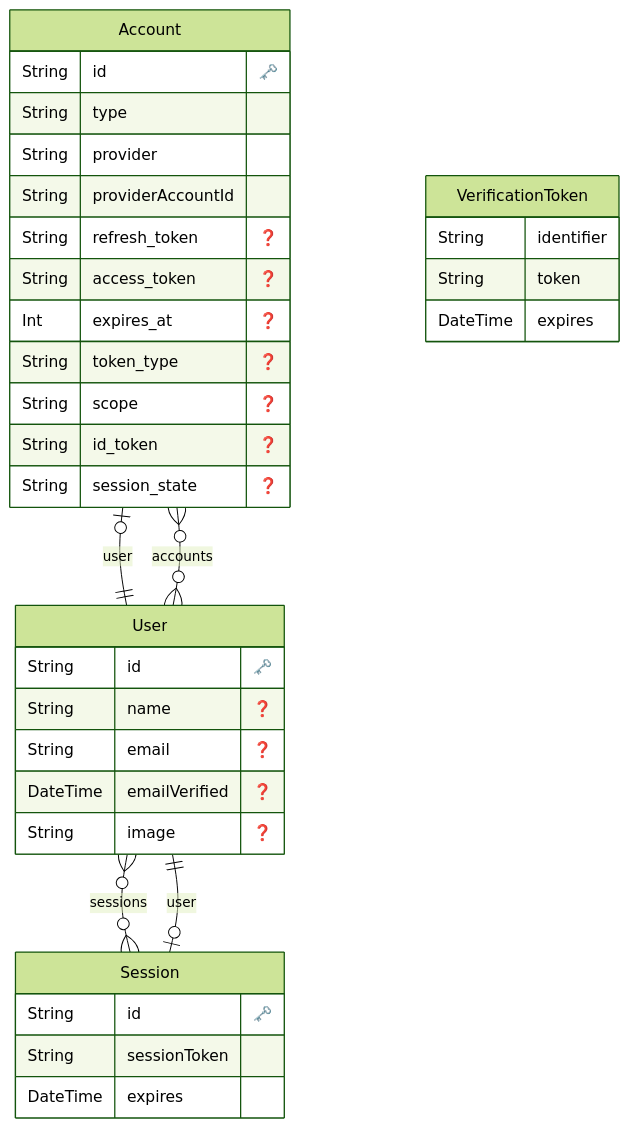
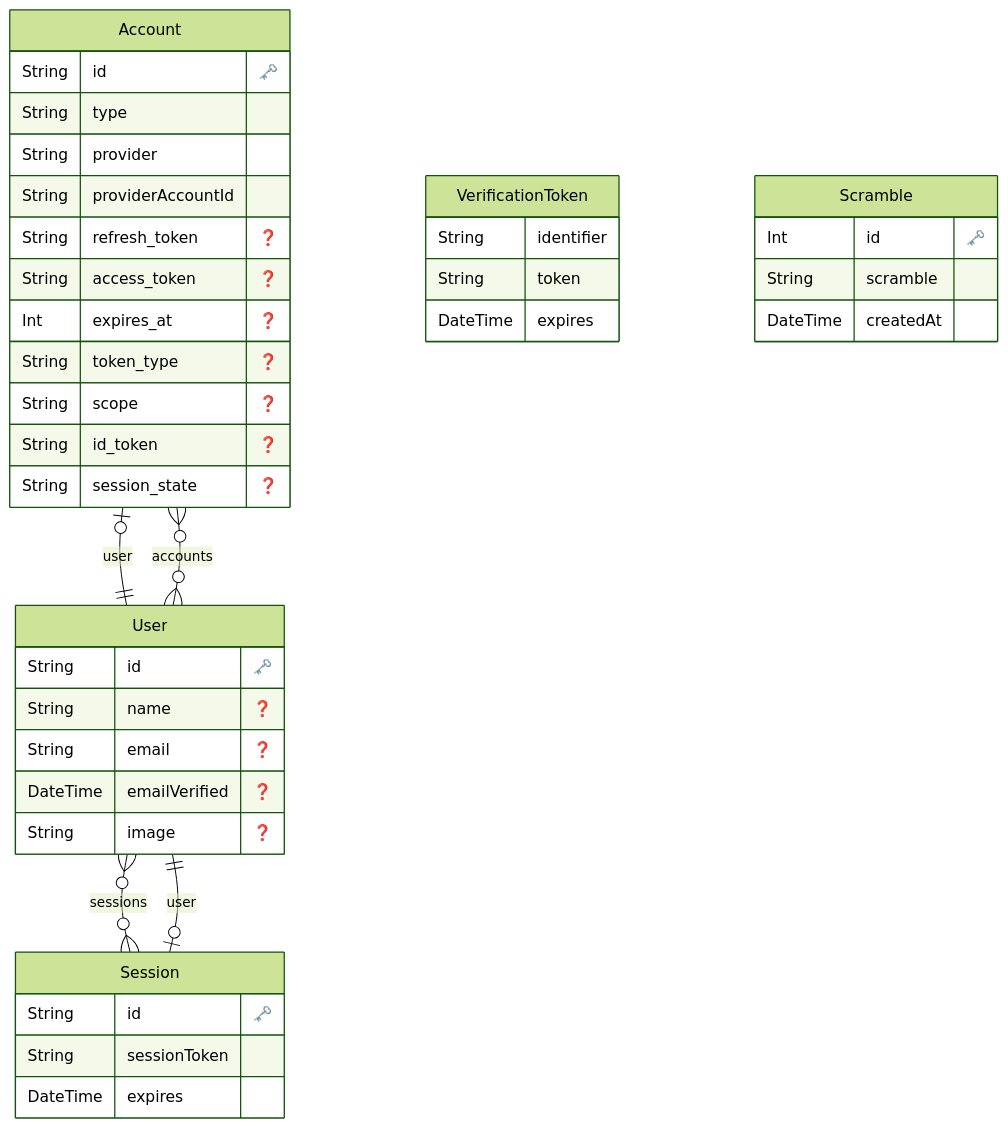
Before and after one commit to sKawashima/fmc-logger: the diagram in docs/ERD.md, drawn with Mermaid (forest theme). The commit also changed 2 other files, not shown here.

Commit message:
📝 docs(ERD.md): update Account, Session, User, and VerificationToken models in ERD.md to include missing properties and relationships
📝 prisma(schema.prisma): add Scramble model to the schema

📝 prisma/migrations/20230803034223_add_scramble_model/migration.sql: create migration to add Scramble table to the database

````diff
--- a/docs/ERD.md
+++ b/docs/ERD.md
@@ -1,45 +1,52 @@
 ```mermaid
 erDiagram
 
   "Account" {
     String id "🗝️"
     String type
     String provider
     String providerAccountId
     String refresh_token "❓"
     String access_token "❓"
     Int expires_at "❓"
     String token_type "❓"
     String scope "❓"
     String id_token "❓"
     String session_state "❓"
     }
 
 
   "Session" {
     String id "🗝️"
     String sessionToken
     DateTime expires
     }
 
 
   "User" {
     String id "🗝️"
     String name "❓"
     String email "❓"
     DateTime emailVerified "❓"
     String image "❓"
     }
 
 
   "VerificationToken" {
     String identifier
     String token
     DateTime expires
     }
 
+
+  "Scramble" {
+    Int id "🗝️"
+    String scramble
+    DateTime createdAt
+    }
+
     "Account" o|--|| "User" : "user"
     "Session" o|--|| "User" : "user"
     "User" o{--}o "Account" : "accounts"
     "User" o{--}o "Session" : "sessions"
 ```
````
